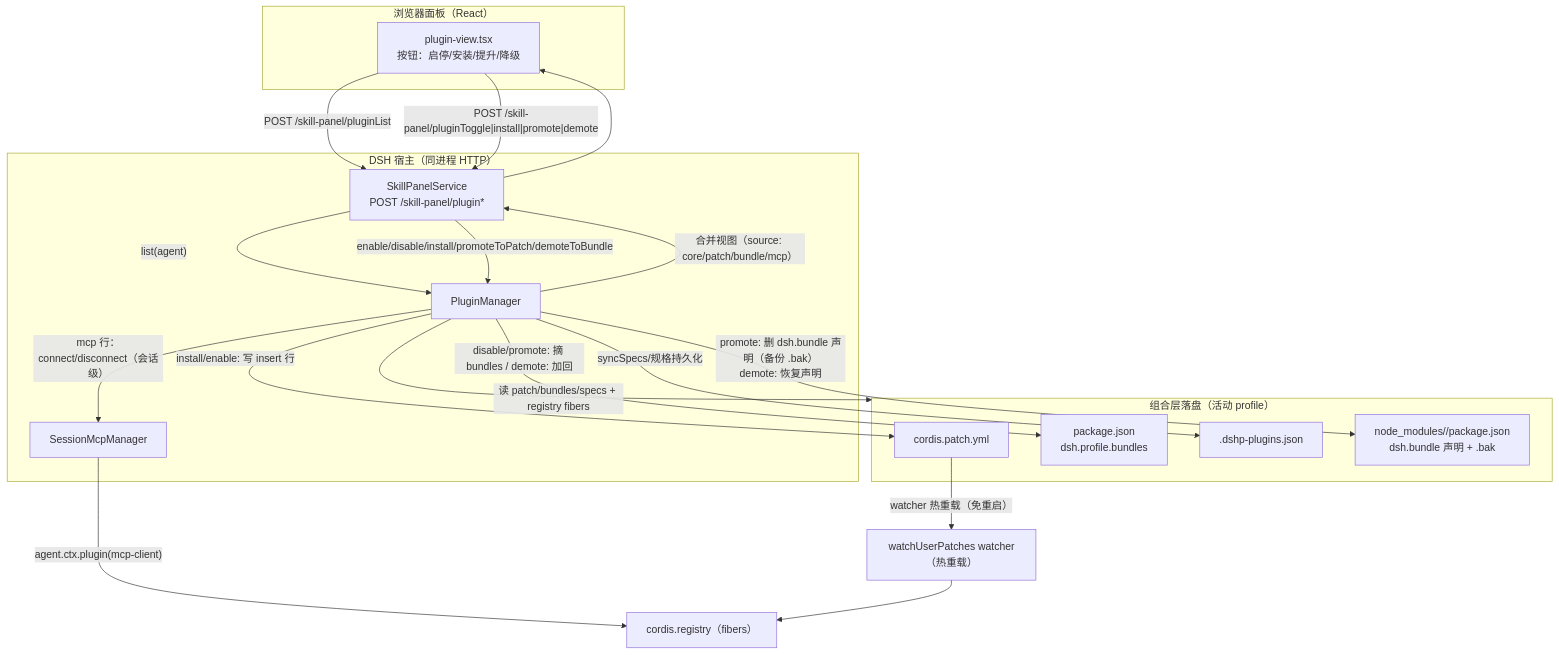
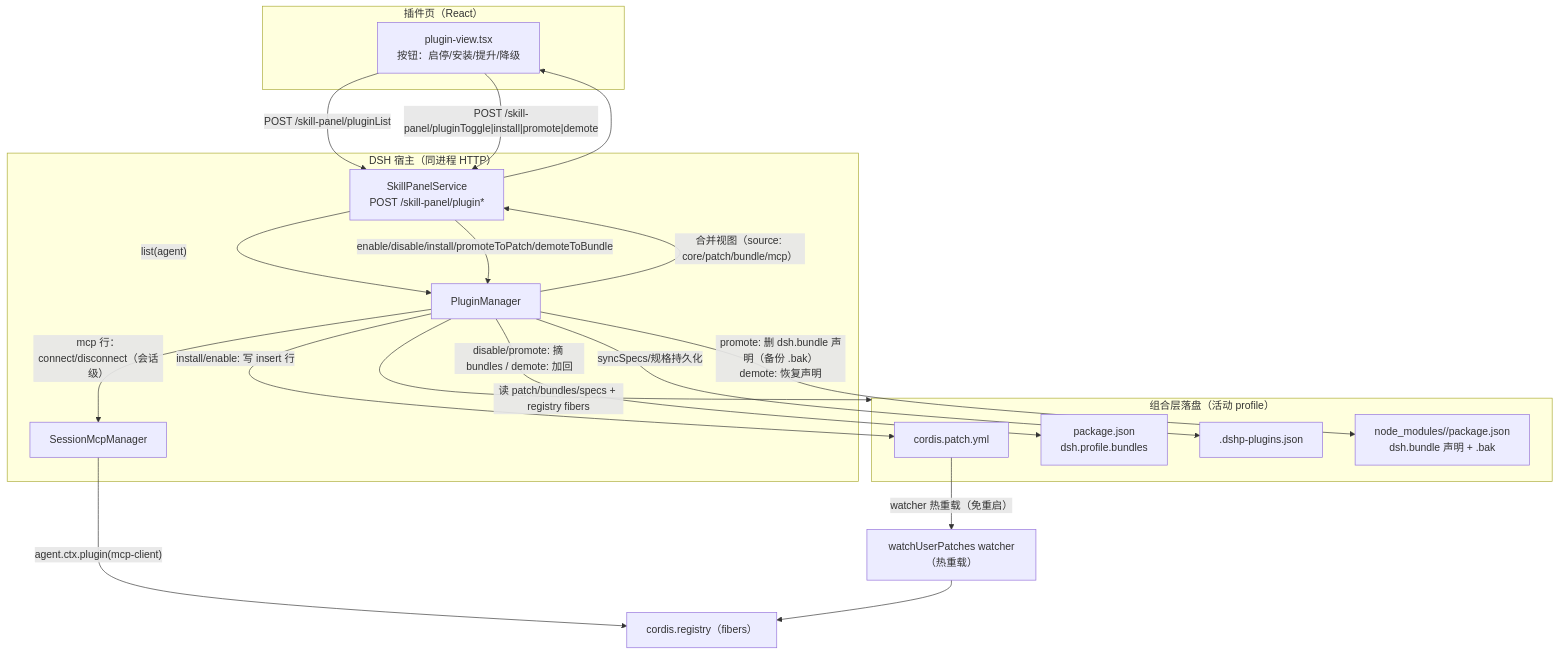
The diagram in docs/diagrams/plugin-dataflow.md (KuramiWan/dshp-plugin-panel), drawn with Mermaid before and after one commit. The commit also changed other lines of this file and 3 other files, not shown here.

First line of the commit message:
docs(diagrams): 按 review 修正图契约（术语/归属/范围/交叉链接）

````diff
--- a/docs/diagrams/plugin-dataflow.md
+++ b/docs/diagrams/plugin-dataflow.md
@@ -8,41 +10,41 @@
 ```mermaid
 flowchart TD
-    subgraph UI["浏览器面板（React）"]
+    subgraph UI["插件页（React）"]
         CL["plugin-view.tsx<br/>按钮：启停/安装/提升/降级"]
     end
 
     subgraph HOST["DSH 宿主（同进程 HTTP）"]
         SVC["SkillPanelService<br/>POST /skill-panel/plugin*"]
         PM["PluginManager"]
         MCP["SessionMcpManager"]
     end
 
     subgraph FILES["组合层落盘（活动 profile）"]
         PATCH["cordis.patch.yml"]
         BUNDLES["package.json<br/>dsh.profile.bundles"]
         STATE[".dshp-plugins.json"]
         PKGB["node_modules/<pkg>/package.json<br/>dsh.bundle 声明 + .bak"]
     end
 
     W["watchUserPatches watcher（热重载）"]
     REG["cordis.registry（fibers）"]
 
     CL -->|"POST /skill-panel/pluginList"| SVC
     SVC -->|"list(agent)"| PM
     PM -->|"读 patch/bundles/specs + registry fibers"| FILES
     PM -->|"合并视图（source: core/patch/bundle/mcp）"| SVC
     SVC --> CL
 
     CL -->|"POST /skill-panel/pluginToggle|install|promote|demote"| SVC
     SVC -->|"enable/disable/install/promoteToPatch/demoteToBundle"| PM
 
     PM -->|"install/enable: 写 insert 行"| PATCH
     PM -->|"disable/promote: 摘 bundles / demote: 加回"| BUNDLES
     PM -->|"promote: 删 dsh.bundle 声明（备份 .bak）<br/>demote: 恢复声明"| PKGB
     PM -->|"syncSpecs/规格持久化"| STATE
     PM -->|"mcp 行：connect/disconnect（会话级）"| MCP
     MCP -->|"agent.ctx.plugin(mcp-client)"| REG
 
     PATCH -->|"watcher 热重载（免重启）"| W
     W --> REG
 ```
````
